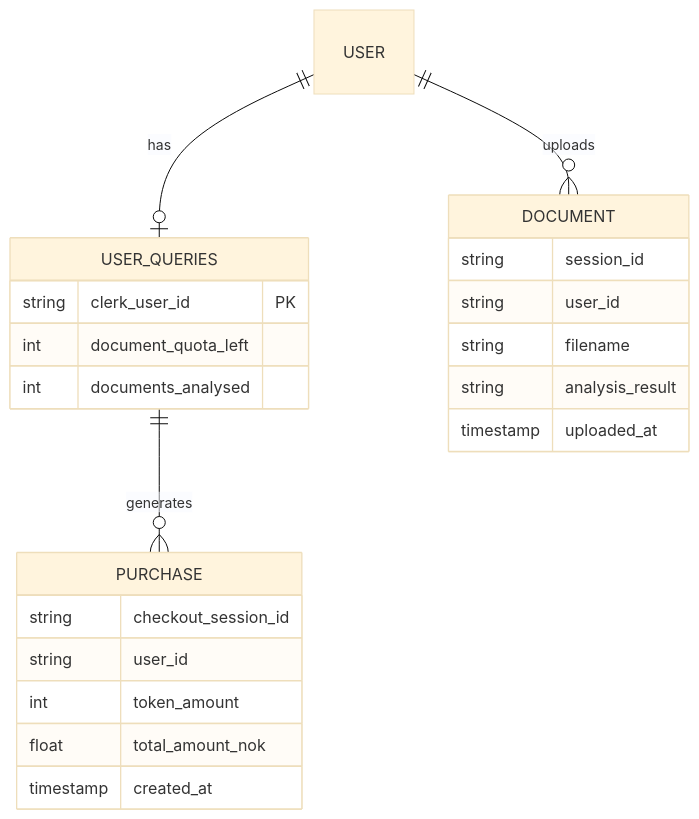
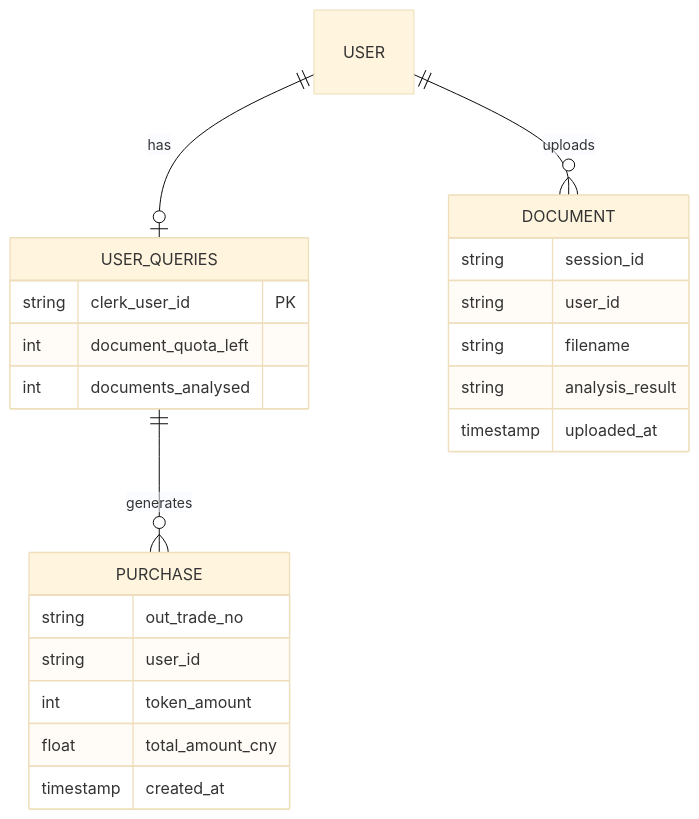
One commit to duzhongli-d/contractagent changed the third of 7 diagrams in docs/architecture/COMPONENT_INTERACTIONS.md. Above: the diagram before and after it, drawn with Mermaid (base theme). The commit also changed other lines of this file and 38 other files, not shown here.

````diff
--- a/docs/architecture/COMPONENT_INTERACTIONS.md
+++ b/docs/architecture/COMPONENT_INTERACTIONS.md
@@ -164,27 +173,27 @@
 ```mermaid
 erDiagram
     USER ||--o| USER_QUERIES : "has"
     USER_QUERIES {
         string clerk_user_id PK
         int document_quota_left
         int documents_analysed
     }
 
     USER_QUERIES ||--o{ PURCHASE : "generates"
     PURCHASE {
-        string checkout_session_id
+        string out_trade_no
         string user_id
         int token_amount
-        float total_amount_nok
+        float total_amount_cny
         timestamp created_at
     }
 
     USER ||--o{ DOCUMENT : "uploads"
     DOCUMENT {
         string session_id
         string user_id
         string filename
         string analysis_result
         timestamp uploaded_at
     }
 ```
````
